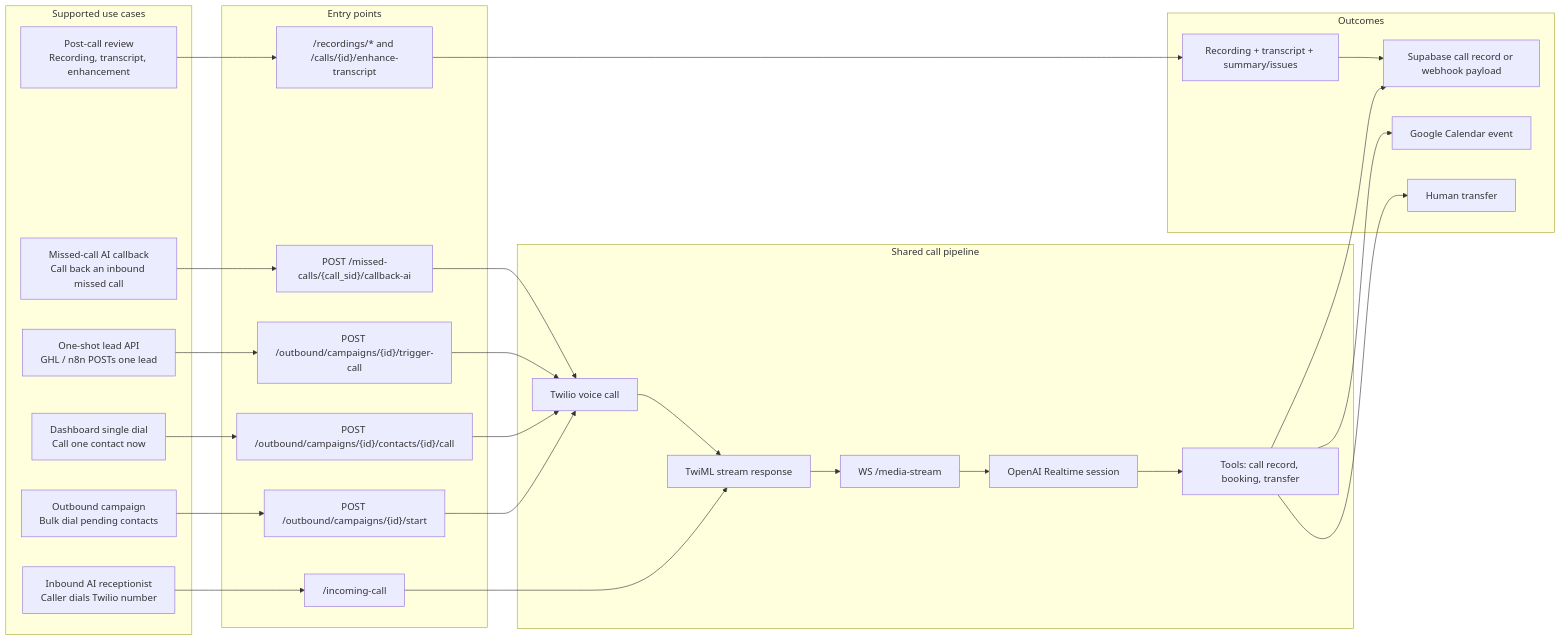
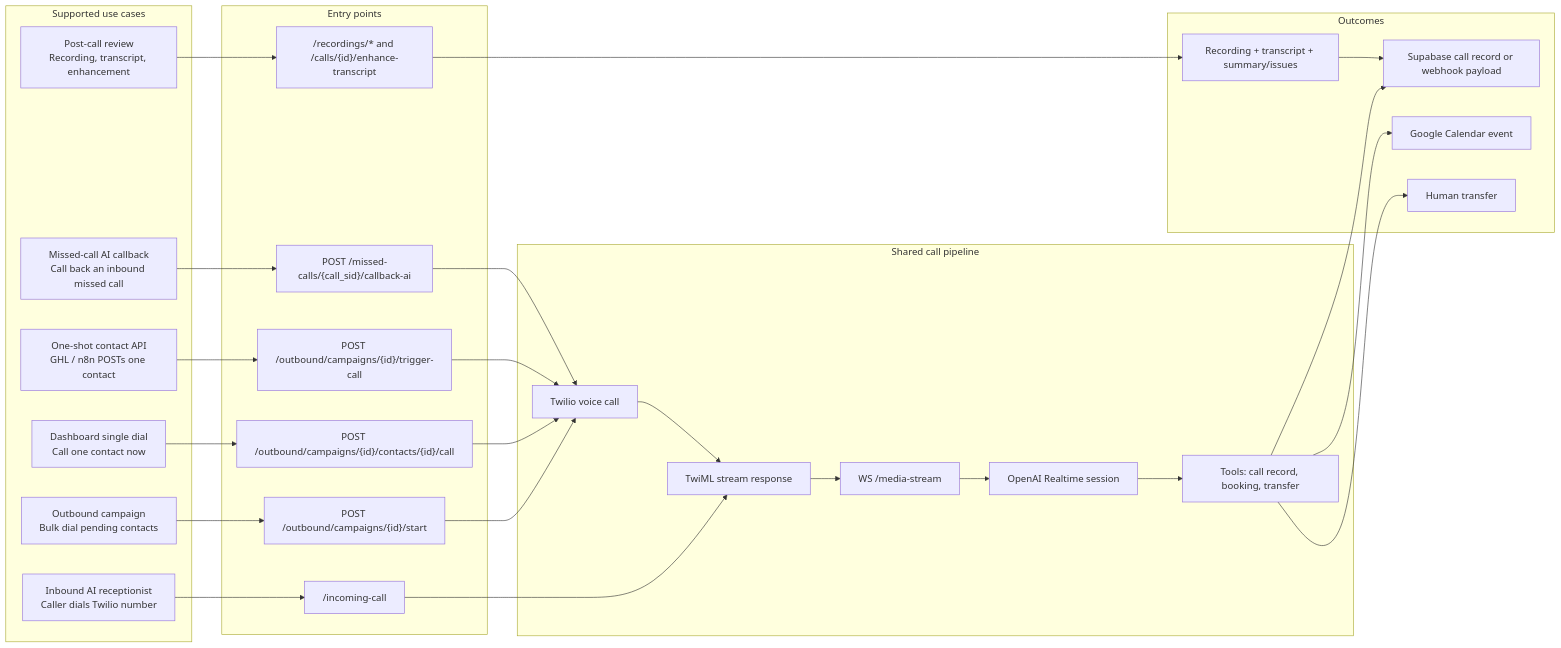
One commit to aymalkhalid/Starter-Agent-InBound-OutBound-Twilio-Speech-Assistant-OpenAi-Realtime-Api-Python changed the second of 6 diagrams in docs/COPYABLE_MERMAID.md. Above: the diagram before and after it, drawn with Mermaid. The commit also changed other lines of this file and 39 other files, not shown here.

````diff
--- a/docs/COPYABLE_MERMAID.md
+++ b/docs/COPYABLE_MERMAID.md
@@ -188,46 +191,46 @@
 ```mermaid
 flowchart LR
     subgraph UseCases["Supported use cases"]
         UC1["Inbound AI receptionist<br/>Caller dials Twilio number"]
         UC2["Outbound campaign<br/>Bulk dial pending contacts"]
         UC3["Dashboard single dial<br/>Call one contact now"]
-        UC4["One-shot lead API<br/>GHL / n8n POSTs one lead"]
+        UC4["One-shot contact API<br/>GHL / n8n POSTs one contact"]
         UC5["Missed-call AI callback<br/>Call back an inbound missed call"]
         UC6["Post-call review<br/>Recording, transcript, enhancement"]
     end
 
     subgraph EntryPoints["Entry points"]
         E1["/incoming-call"]
         E2["POST /outbound/campaigns/{id}/start"]
         E3["POST /outbound/campaigns/{id}/contacts/{id}/call"]
         E4["POST /outbound/campaigns/{id}/trigger-call"]
         E5["POST /missed-calls/{call_sid}/callback-ai"]
         E6["/recordings/* and /calls/{id}/enhance-transcript"]
     end
 
     subgraph SharedPipeline["Shared call pipeline"]
         TwilioDial["Twilio voice call"]
         TwiML["TwiML stream response"]
         Stream["WS /media-stream"]
         Realtime["OpenAI Realtime session"]
         Tools["Tools: call record, booking, transfer"]
     end
 
     subgraph Outcomes["Outcomes"]
         CRM["Supabase call record or webhook payload"]
         Calendar["Google Calendar event"]
         Transfer["Human transfer"]
         Transcript["Recording + transcript + summary/issues"]
     end
 
     UC1 --> E1 --> TwiML
     UC2 --> E2 --> TwilioDial
     UC3 --> E3 --> TwilioDial
     UC4 --> E4 --> TwilioDial
     UC5 --> E5 --> TwilioDial
     TwilioDial --> TwiML --> Stream --> Realtime --> Tools
     Tools --> CRM
     Tools --> Calendar
     Tools --> Transfer
     UC6 --> E6 --> Transcript --> CRM
 ```
````
